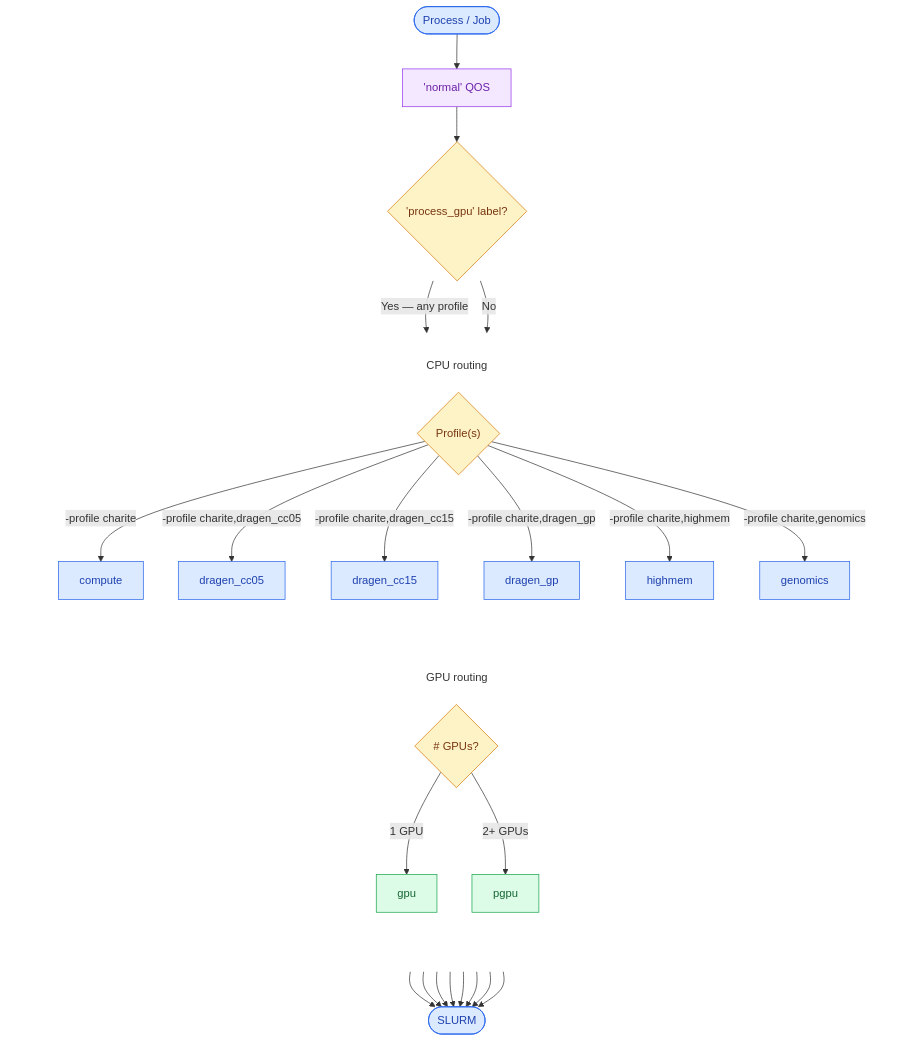
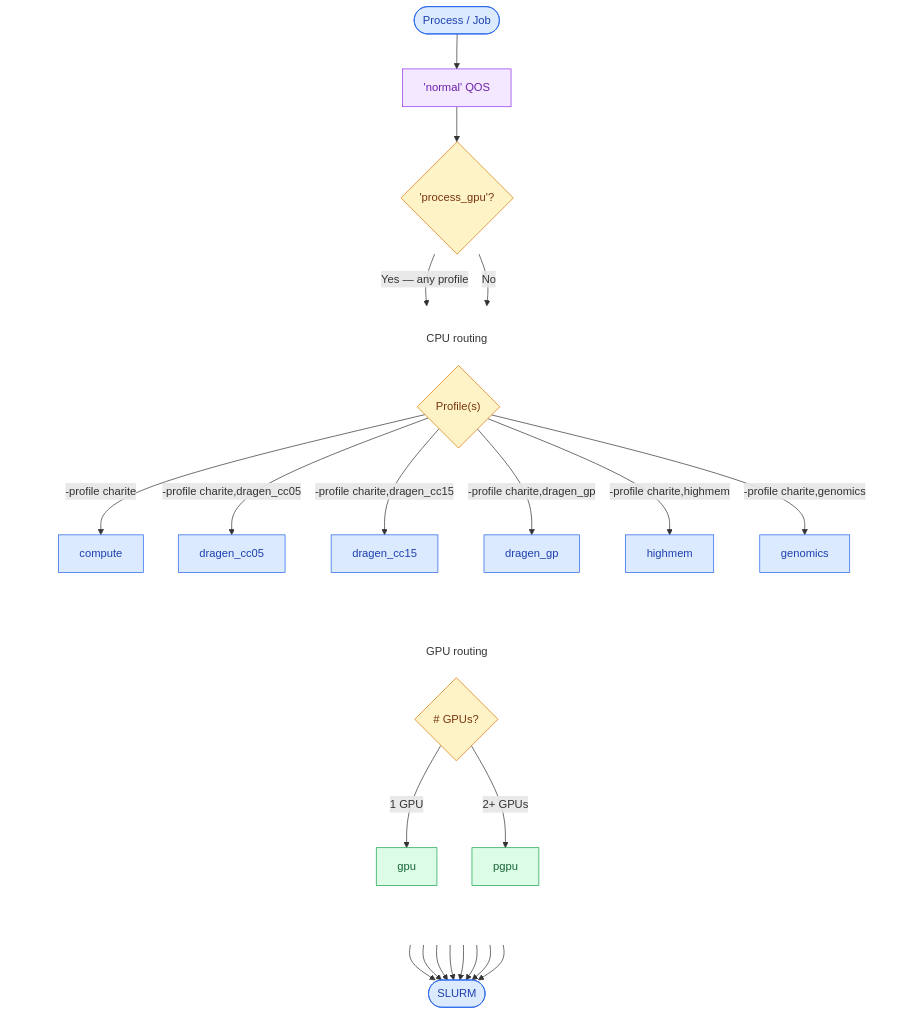
One commit to ScientificComputingCharite/configs changed the diagram in docs/charite.md. Above: the diagram before and after it, drawn with Mermaid.

````diff
--- a/docs/charite.md
+++ b/docs/charite.md
@@ -324,69 +324,69 @@
 ```mermaid
 flowchart TB
     A(["Process / Job"])
     Q["'normal' QOS"]
-    B{"'process_gpu' label?"}
+    B{"'process_gpu'?"}
 
     A --> Q --> B
 
     subgraph ROUTING[" "]
         direction LR
 
         subgraph GPU["GPU routing"]
             direction TB
             C{"# GPUs?"}
             D["gpu"]
             E["pgpu"]
 
             C -->|"1 GPU"| D
             C -->|"2+ GPUs"| E
         end
 
         subgraph CPU["CPU routing"]
             direction TB
             F{"Profile(s)"}
 
             G["compute"]
             H["dragen_cc05"]
             I["dragen_cc15"]
             J["dragen_gp"]
             K["highmem"]
             L["genomics"]
 
             F -->|"-profile charite"| G
             F -->|"-profile charite,dragen_cc05"| H
             F -->|"-profile charite,dragen_cc15"| I
             F -->|"-profile charite,dragen_gp"| J
             F -->|"-profile charite,highmem"| K
             F -->|"-profile charite,genomics"| L
         end
     end
 
     B -->|"Yes — any profile"| C
     B -->|"No"| F
 
     D --> N(["SLURM"])
     E --> N
     G --> N
     H --> N
     I --> N
     J --> N
     K --> N
     L --> N
 
     classDef start fill:#dbeafe,stroke:#2563eb,color:#1e40af
     classDef gpu fill:#dcfce7,stroke:#16a34a,color:#166534
     classDef cpu fill:#dbeafe,stroke:#2563eb,color:#1e40af
     classDef decision fill:#fef3c7,stroke:#d97706,color:#78350f
     classDef qos fill:#f3e8ff,stroke:#9333ea,color:#6b21a8
 
     class A,N start
     class Q qos
     class D,E gpu
     class G,H,I,J,K,L cpu
     class B,C,F decision
 
     style ROUTING fill:none,stroke:none
     style GPU fill:none,stroke:none
     style CPU fill:none,stroke:none
 ```
````
